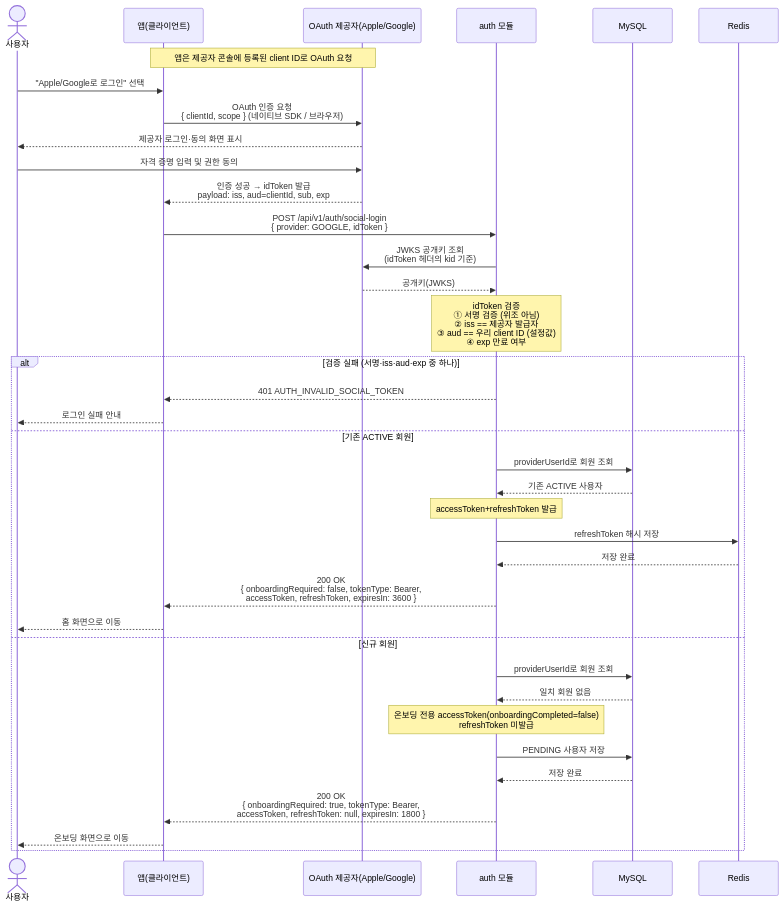
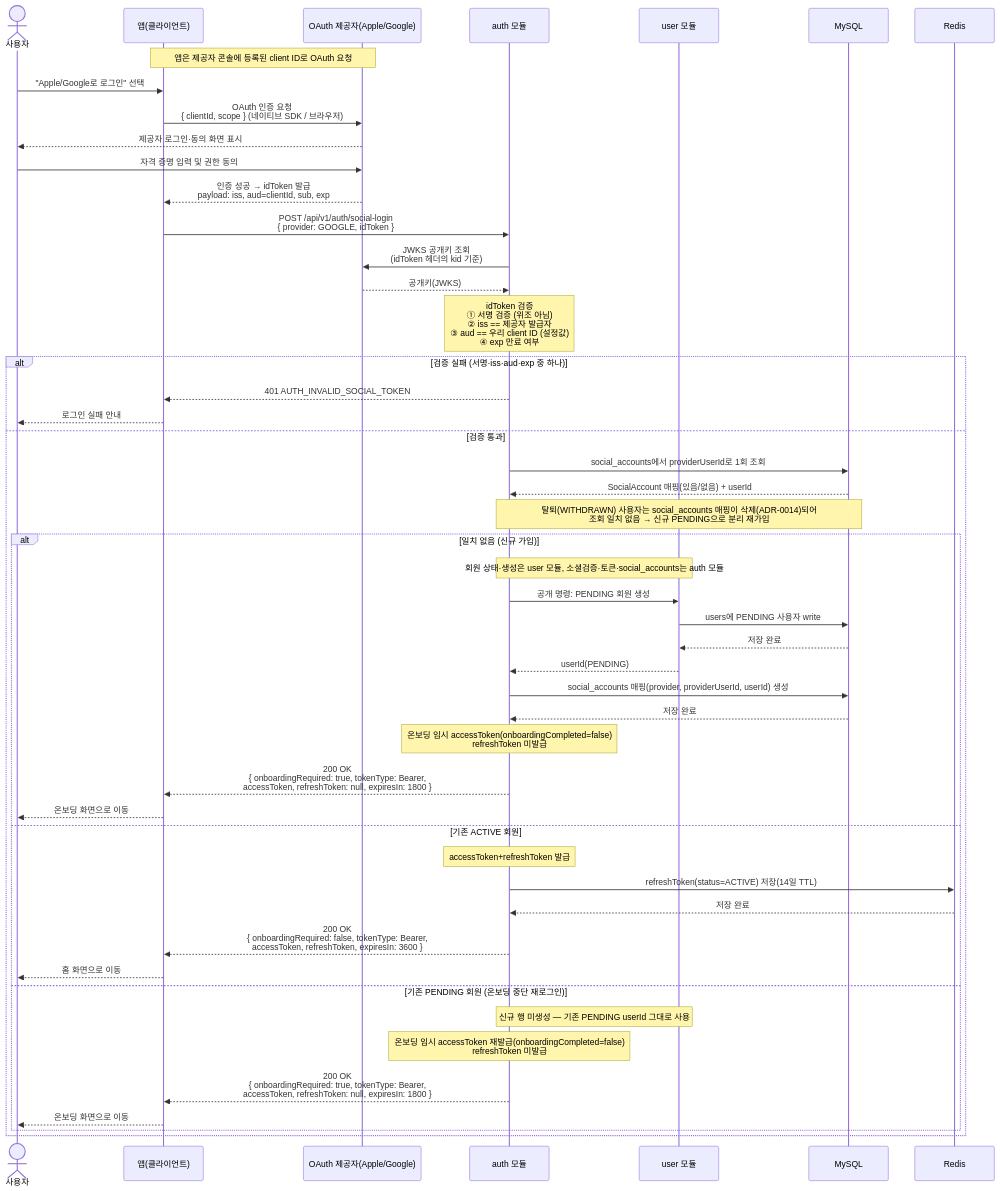
Before and after one commit to jameskim9509/Kohere-backend: the diagram in docs/architecture/sequence-diagrams/01-auth-onboarding/us-1-1-social-login.md, drawn with Mermaid. The commit also changed other lines of this file and 20 other files, not shown here.

First line of the commit message:
docs: auth-onboarding 결정 ADR(0010-0015)·문서 정합 (#27)

````diff
--- a/docs/architecture/sequence-diagrams/01-auth-onboarding/us-1-1-social-login.md
+++ b/docs/architecture/sequence-diagrams/01-auth-onboarding/us-1-1-social-login.md
@@ -7,40 +7,52 @@
 ```mermaid
 sequenceDiagram
     actor U as 사용자
     participant C as 앱(클라이언트)
     participant P as OAuth 제공자(Apple/Google)
     participant S as auth 모듈
+    participant USER as user 모듈
     participant SQL as MySQL
     participant RDS as Redis
 
     Note over C,P: 앱은 제공자 콘솔에 등록된 client ID로 OAuth 요청
     U->>C: "Apple/Google로 로그인" 선택
     C->>P: OAuth 인증 요청<br/>{ clientId, scope } (네이티브 SDK / 브라우저)
     P-->>U: 제공자 로그인·동의 화면 표시
     U->>P: 자격 증명 입력 및 권한 동의
     P-->>C: 인증 성공 → idToken 발급<br/>payload: iss, aud=clientId, sub, exp
     C->>S: POST /api/v1/auth/social-login<br/>{ provider: GOOGLE, idToken }
     S->>P: JWKS 공개키 조회<br/>(idToken 헤더의 kid 기준)
     P-->>S: 공개키(JWKS)
     Note over S: idToken 검증<br/>① 서명 검증 (위조 아님)<br/>② iss == 제공자 발급자<br/>③ aud == 우리 client ID (설정값)<br/>④ exp 만료 여부
     alt 검증 실패 (서명·iss·aud·exp 중 하나)
         S-->>C: 401 AUTH_INVALID_SOCIAL_TOKEN
         C-->>U: 로그인 실패 안내
-    else 기존 ACTIVE 회원
-        S->>SQL: providerUserId로 회원 조회
-        SQL-->>S: 기존 ACTIVE 사용자
-        Note over S: accessToken+refreshToken 발급
-        S->>RDS: refreshToken 해시 저장
-        RDS-->>S: 저장 완료
-        S-->>C: 200 OK<br/>{ onboardingRequired: false, tokenType: Bearer,<br/>accessToken, refreshToken, expiresIn: 3600 }
-        C-->>U: 홈 화면으로 이동
-    else 신규 회원
-        S->>SQL: providerUserId로 회원 조회
-        SQL-->>S: 일치 회원 없음
-        Note over S: 온보딩 전용 accessToken(onboardingCompleted=false)<br/>refreshToken 미발급
-        S->>SQL: PENDING 사용자 저장
-        SQL-->>S: 저장 완료
-        S-->>C: 200 OK<br/>{ onboardingRequired: true, tokenType: Bearer,<br/>accessToken, refreshToken: null, expiresIn: 1800 }
-        C-->>U: 온보딩 화면으로 이동
+    else 검증 통과
+        S->>SQL: social_accounts에서 providerUserId로 1회 조회
+        SQL-->>S: SocialAccount 매핑(있음/없음) + userId
+        Note over S,SQL: 탈퇴(WITHDRAWN) 사용자는 social_accounts 매핑이 삭제(ADR-0014)되어<br/>조회 일치 없음 → 신규 PENDING으로 분리 재가입
+        alt 일치 없음 (신규 가입)
+            Note over S,USER: 회원 상태·생성은 user 모듈, 소셜검증·토큰·social_accounts는 auth 모듈
+            S->>USER: 공개 명령: PENDING 회원 생성
+            USER->>SQL: users에 PENDING 사용자 write
+            SQL-->>USER: 저장 완료
+            USER-->>S: userId(PENDING)
+            S->>SQL: social_accounts 매핑(provider, providerUserId, userId) 생성
+            SQL-->>S: 저장 완료
+            Note over S: 온보딩 임시 accessToken(onboardingCompleted=false)<br/>refreshToken 미발급
+            S-->>C: 200 OK<br/>{ onboardingRequired: true, tokenType: Bearer,<br/>accessToken, refreshToken: null, expiresIn: 1800 }
+            C-->>U: 온보딩 화면으로 이동
+        else 기존 ACTIVE 회원
+            Note over S: accessToken+refreshToken 발급
+            S->>RDS: refreshToken(status=ACTIVE) 저장(14일 TTL)
+            RDS-->>S: 저장 완료
+            S-->>C: 200 OK<br/>{ onboardingRequired: false, tokenType: Bearer,<br/>accessToken, refreshToken, expiresIn: 3600 }
+            C-->>U: 홈 화면으로 이동
+        else 기존 PENDING 회원 (온보딩 중단 재로그인)
+            Note over S,USER: 신규 행 미생성 — 기존 PENDING userId 그대로 사용
+            Note over S: 온보딩 임시 accessToken 재발급(onboardingCompleted=false)<br/>refreshToken 미발급
+            S-->>C: 200 OK<br/>{ onboardingRequired: true, tokenType: Bearer,<br/>accessToken, refreshToken: null, expiresIn: 1800 }
+            C-->>U: 온보딩 화면으로 이동
+        end
     end
 ```
````
